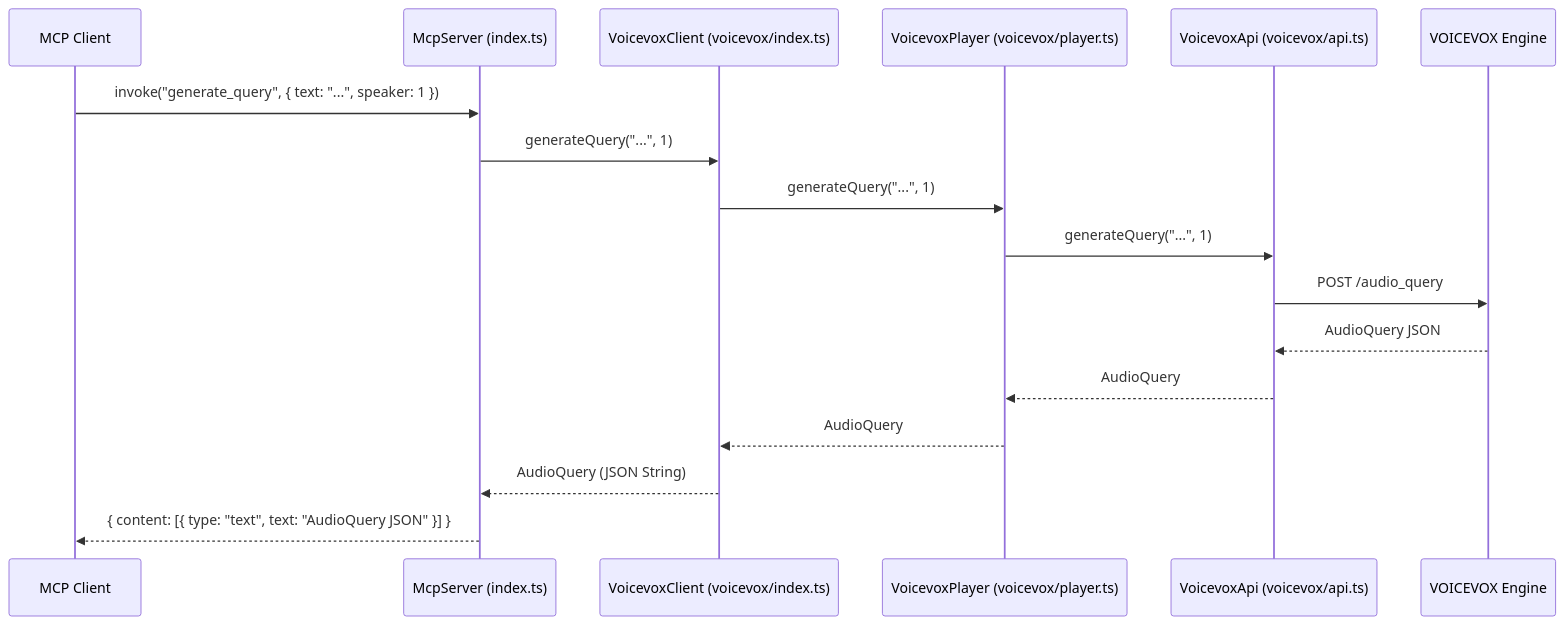
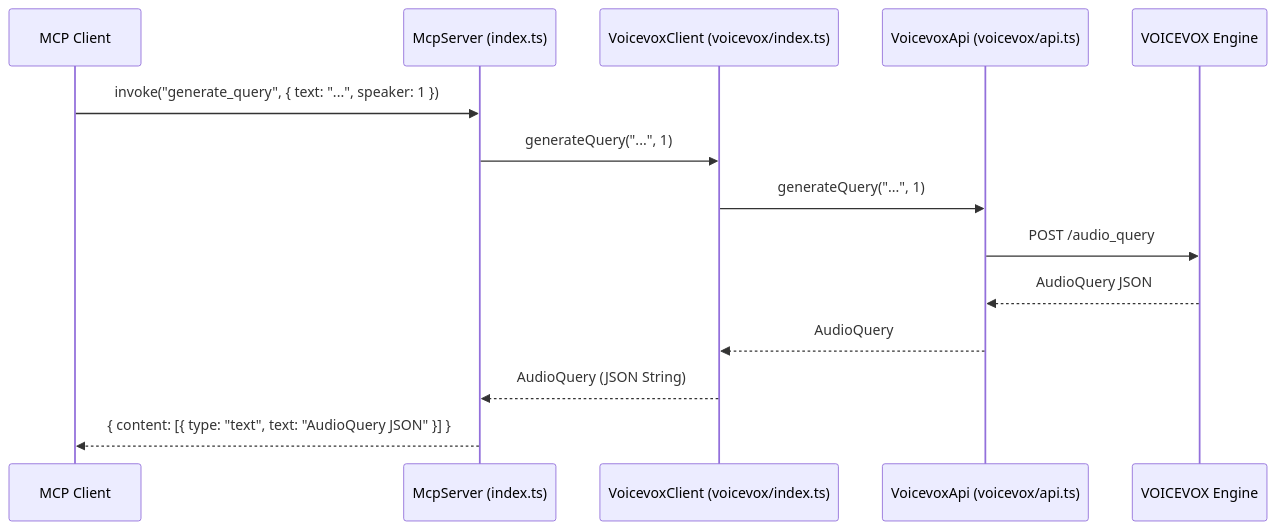
Before and after one commit to nichiki/mcp-tts-voicevox: the second of 6 diagrams in docs/diagrams.md, drawn with Mermaid. The commit also changed other lines of this file, not shown here.

````diff
--- a/docs/diagrams.md
+++ b/docs/diagrams.md
@@ -63,20 +58,17 @@
 ```mermaid
 sequenceDiagram
     participant Client as MCP Client
     participant Server as McpServer (index.ts)
     participant VClient as VoicevoxClient (voicevox/index.ts)
-    participant VPlayer as VoicevoxPlayer (voicevox/player.ts)
     participant VApi as VoicevoxApi (voicevox/api.ts)
     participant Engine as VOICEVOX Engine
 
     Client->>Server: invoke("generate_query", { text: "...", speaker: 1 })
     Server->>VClient: generateQuery("...", 1)
-    VClient->>VPlayer: generateQuery("...", 1)
-    VPlayer->>VApi: generateQuery("...", 1)
+    VClient->>VApi: generateQuery("...", 1)
     VApi->>Engine: POST /audio_query
     Engine-->>VApi: AudioQuery JSON
-    VApi-->>VPlayer: AudioQuery
-    VPlayer-->>VClient: AudioQuery
+    VApi-->>VClient: AudioQuery
     VClient-->>Server: AudioQuery (JSON String)
     Server-->>Client: { content: [{ type: "text", text: "AudioQuery JSON" }] }
 ```
````
